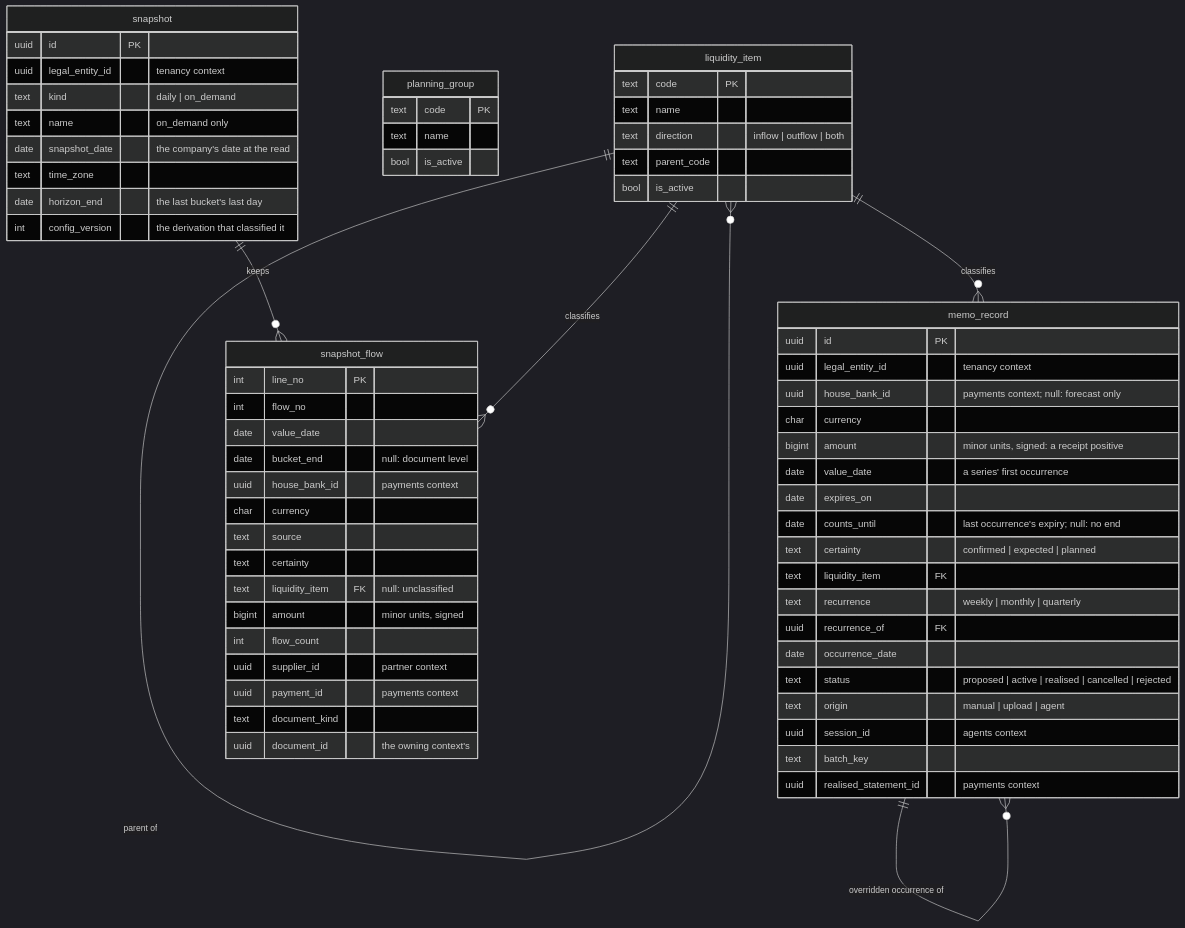
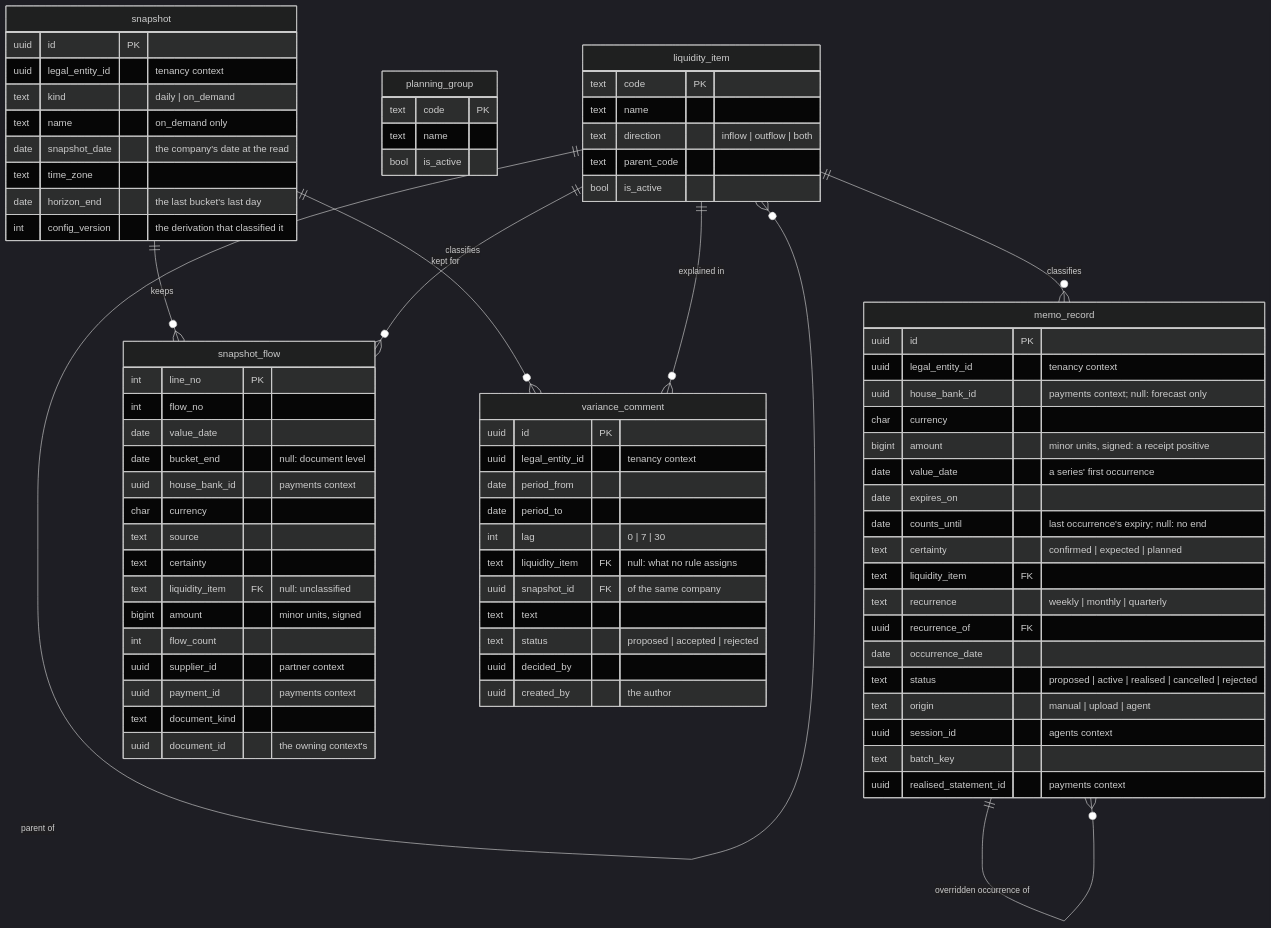
Before and after one commit to mustie7iy/agentic-erp: the tenth of 13 diagrams in docs/design/03-data-model.md, drawn with Mermaid (dark theme). The commit also changed other lines of this file and 32 other files, not shown here.

Commit message:
T53f4: variance comments by people, each keeping the snapshot its variance compares with past its retention

````diff
--- a/docs/design/03-data-model.md
+++ b/docs/design/03-data-model.md
@@ -2648,57 +2648,70 @@
 ```mermaid
 erDiagram
   liquidity_item ||--o{ liquidity_item : "parent of"
   liquidity_item { text code PK
     text name
     text direction "inflow | outflow | both"
     text parent_code
     bool is_active }
   planning_group { text code PK
     text name
     bool is_active }
   liquidity_item ||--o{ memo_record : "classifies"
   memo_record ||--o{ memo_record : "overridden occurrence of"
   memo_record { uuid id PK
     uuid legal_entity_id "tenancy context"
     uuid house_bank_id "payments context; null: forecast only"
     char currency
     bigint amount "minor units, signed: a receipt positive"
     date value_date "a series' first occurrence"
     date expires_on
     date counts_until "last occurrence's expiry; null: no end"
     text certainty "confirmed | expected | planned"
     text liquidity_item FK
     text recurrence "weekly | monthly | quarterly"
     uuid recurrence_of FK
     date occurrence_date
     text status "proposed | active | realised | cancelled | rejected"
     text origin "manual | upload | agent"
     uuid session_id "agents context"
     text batch_key
     uuid realised_statement_id "payments context" }
   snapshot ||--o{ snapshot_flow : "keeps"
   liquidity_item ||--o{ snapshot_flow : "classifies"
   snapshot { uuid id PK
     uuid legal_entity_id "tenancy context"
     text kind "daily | on_demand"
     text name "on_demand only"
     date snapshot_date "the company's date at the read"
     text time_zone
     date horizon_end "the last bucket's last day"
     int config_version "the derivation that classified it" }
   snapshot_flow { int line_no PK
     int flow_no
     date value_date
     date bucket_end "null: document level"
     uuid house_bank_id "payments context"
     char currency
     text source
     text certainty
     text liquidity_item FK "null: unclassified"
     bigint amount "minor units, signed"
     int flow_count
     uuid supplier_id "partner context"
     uuid payment_id "payments context"
     text document_kind
     uuid document_id "the owning context's" }
+  snapshot ||--o{ variance_comment : "kept for"
+  liquidity_item ||--o{ variance_comment : "explained in"
+  variance_comment { uuid id PK
+    uuid legal_entity_id "tenancy context"
+    date period_from
+    date period_to
+    int lag "0 | 7 | 30"
+    text liquidity_item FK "null: what no rule assigns"
+    uuid snapshot_id FK "of the same company"
+    text text
+    text status "proposed | accepted | rejected"
+    uuid decided_by
+    uuid created_by "the author" }
 ```
````
